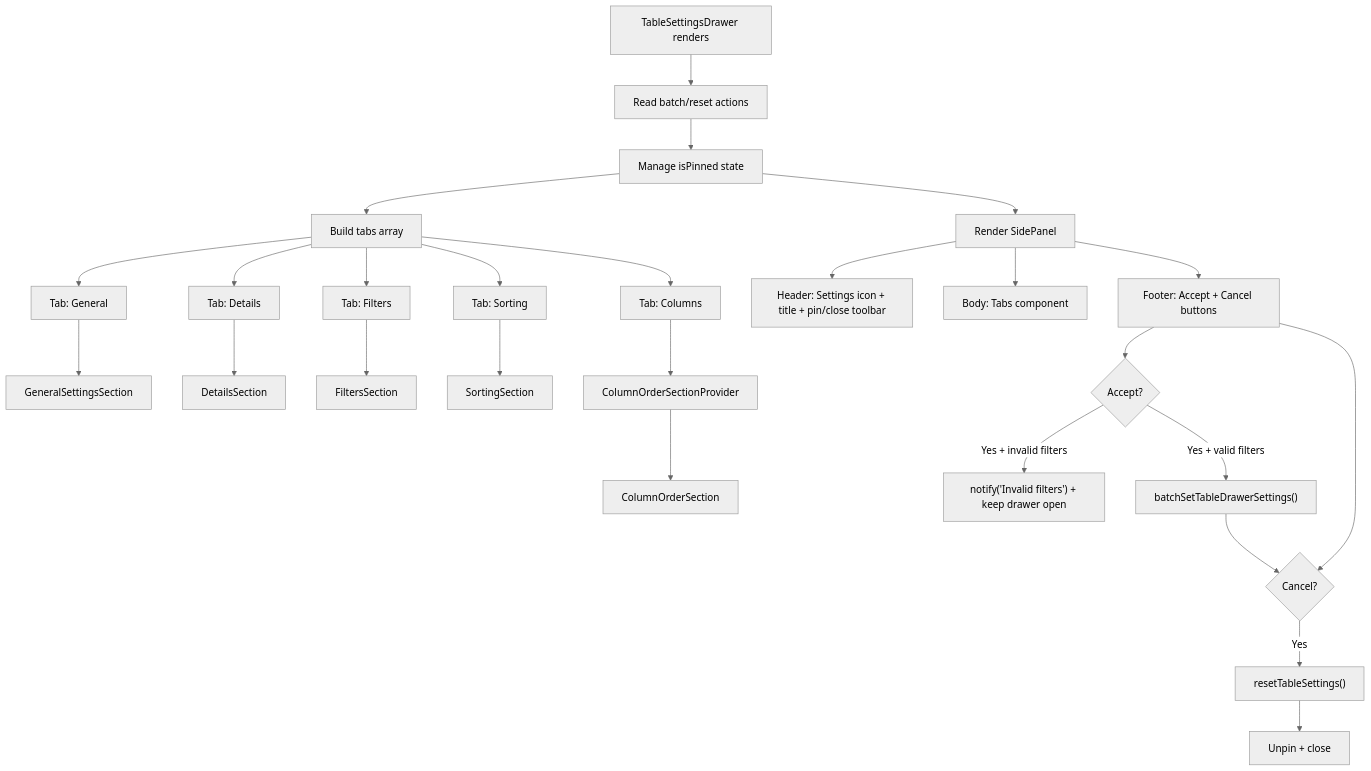
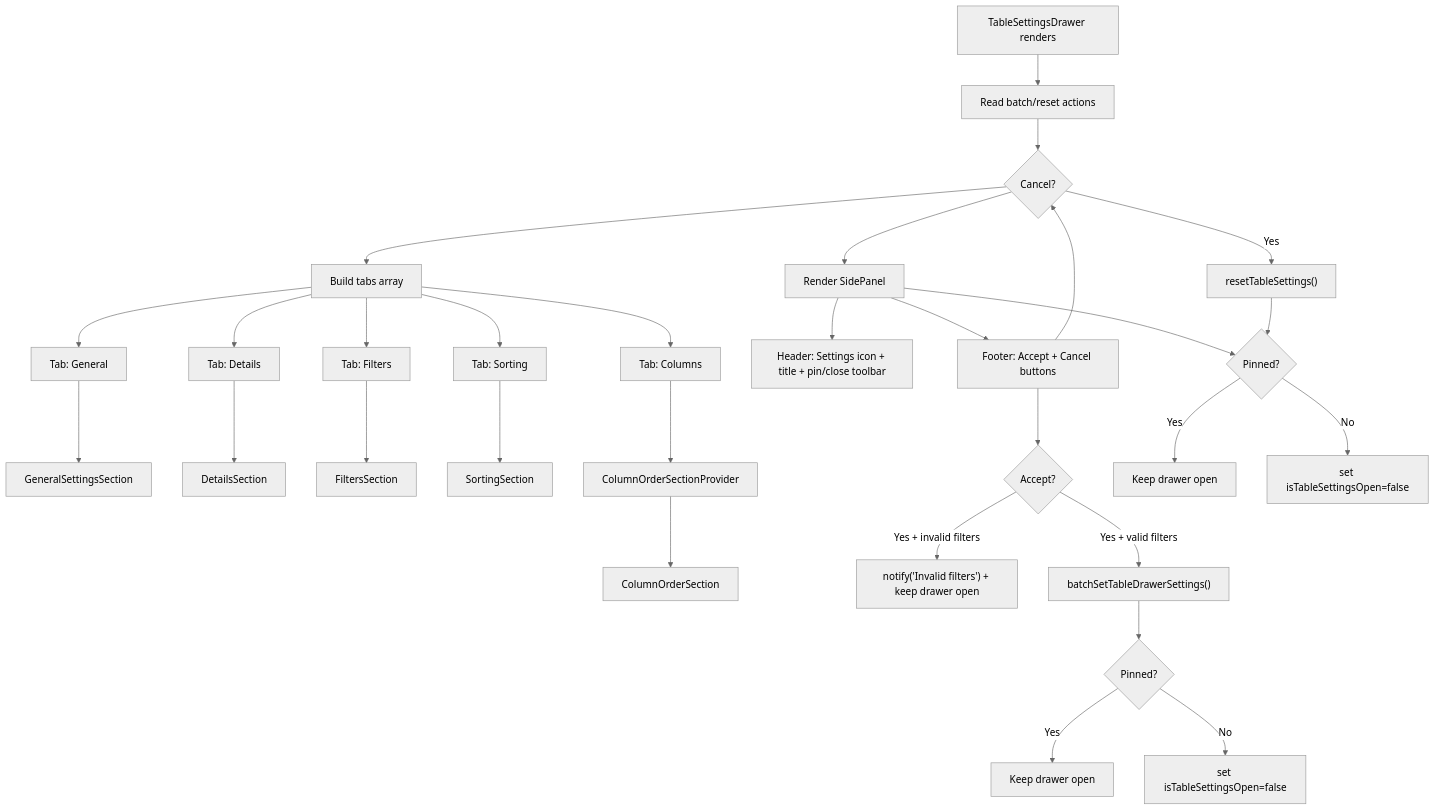
The second of 3 diagrams in apps/react-router/src/components/Table/TableSettingsDrawer/ARCHITECTURE.md (luciocabrera/lcabrera-stack), drawn with Mermaid (neutral theme) before and after one commit. The commit also changed other lines of this file and 25 other files, not shown here.

````diff
--- a/apps/react-router/src/components/Table/TableSettingsDrawer/ARCHITECTURE.md
+++ b/apps/react-router/src/components/Table/TableSettingsDrawer/ARCHITECTURE.md
@@ -131,35 +131,39 @@
 ```mermaid
 graph TD
   A["TableSettingsDrawer renders"] --> B["Read batch/reset actions"]
   B --> C["Manage isPinned state"]
   C --> D["Build tabs array"]
 
   D --> E["Tab: General"]
   E --> F["GeneralSettingsSection"]
 
   D --> E2["Tab: Details"]
   E2 --> F2["DetailsSection"]
 
   D --> G["Tab: Filters"]
   G --> H["FiltersSection"]
 
   D --> I["Tab: Sorting"]
   I --> J["SortingSection"]
 
   D --> K["Tab: Columns"]
   K --> L["ColumnOrderSectionProvider"]
   L --> M["ColumnOrderSection"]
 
   C --> N["Render SidePanel"]
   N --> O["Header: Settings icon + title + pin/close toolbar"]
   N --> P["Body: Tabs component"]
   N --> Q["Footer: Accept + Cancel buttons"]
 
   Q --> R{"Accept?"}
   R -->|Yes + invalid filters| S["notify('Invalid filters') + keep drawer open"]
   R -->|Yes + valid filters| T["batchSetTableDrawerSettings()"]
-  T --> U["Unpin + close"]
-  Q --> U{"Cancel?"}
-  U -->|Yes| V["resetTableSettings()"]
-  V --> W["Unpin + close"]
+  T --> U{"Pinned?"}
+  U -->|Yes| K1["Keep drawer open"]
+  U -->|No| K2["set isTableSettingsOpen=false"]
+  Q --> C{"Cancel?"}
+  C -->|Yes| V["resetTableSettings()"]
+  V --> P{"Pinned?"}
+  P -->|Yes| K3["Keep drawer open"]
+  P -->|No| K4["set isTableSettingsOpen=false"]
 ```
````
